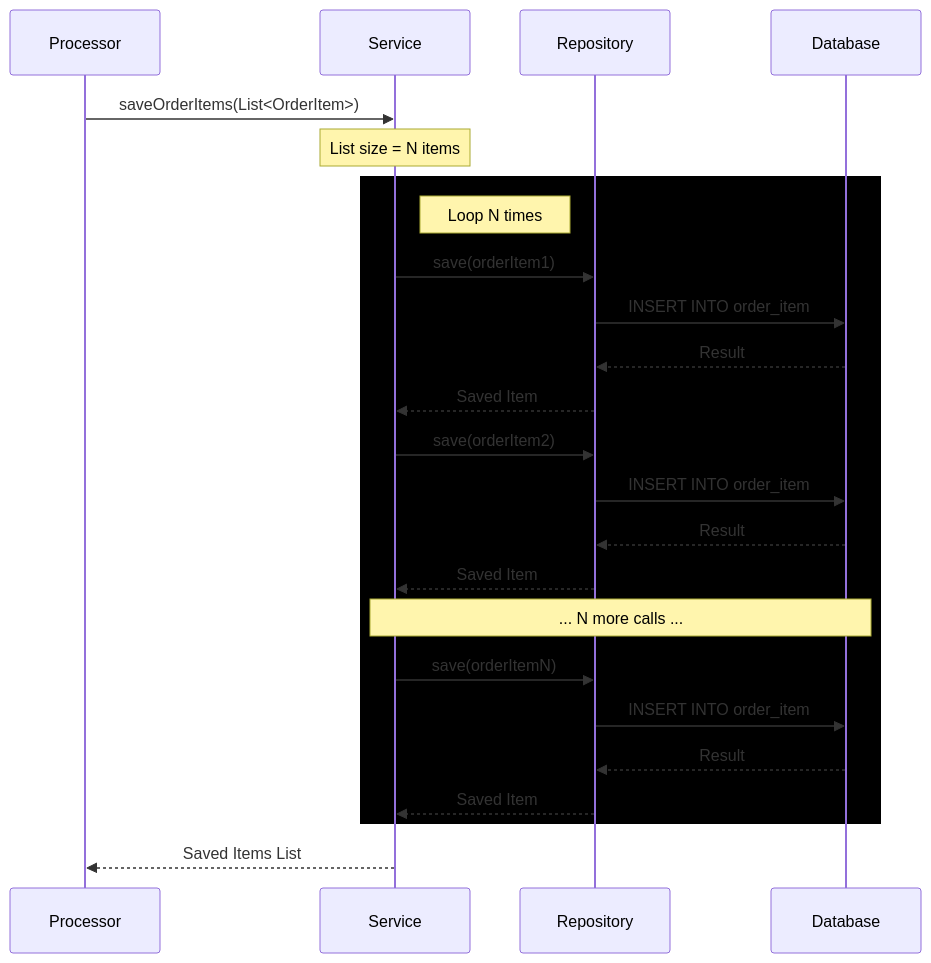
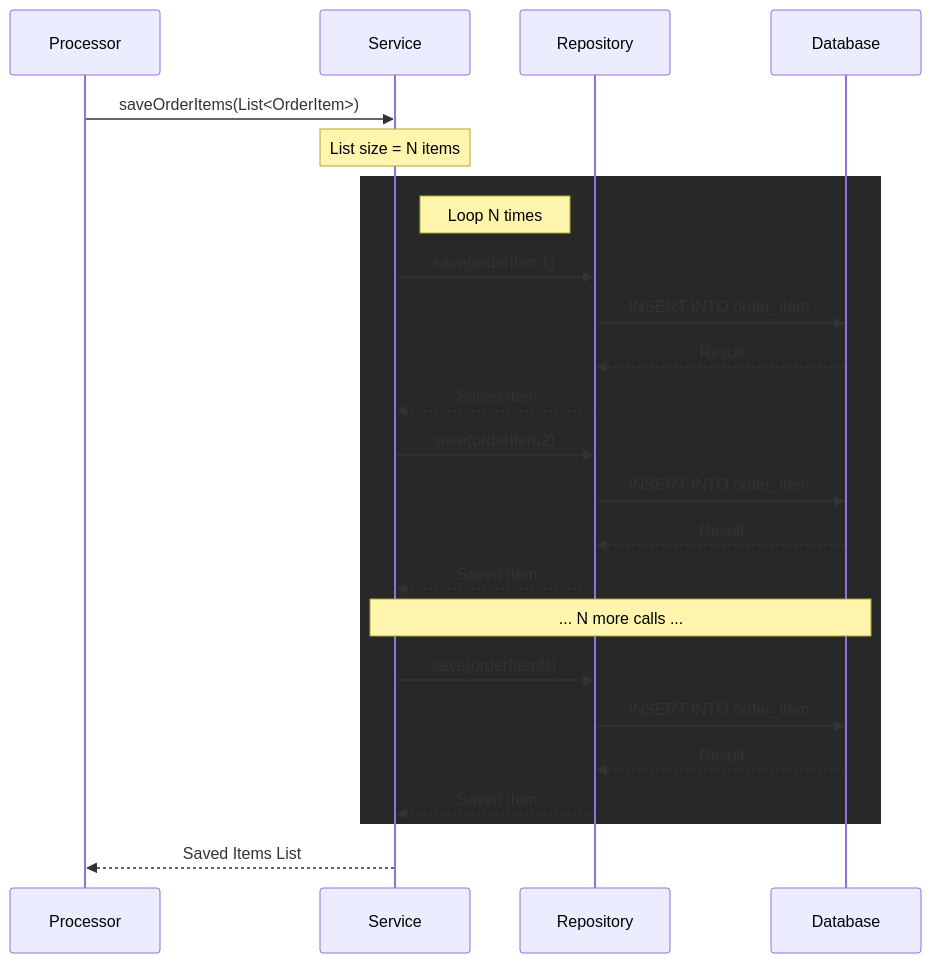
Before and after one commit to Waleed2660/springboot-learning-kit: the first of 2 diagrams in tasks/Task 6 - Database Schema Migration & Optimisation.md, drawn with Mermaid.

Commit message:
Update background color in Task 6 documentation for improved readability

````diff
--- a/tasks/Task 6 - Database Schema Migration & Optimisation.md
+++ b/tasks/Task 6 - Database Schema Migration & Optimisation.md
@@ -286,32 +286,32 @@
 ```mermaid
 sequenceDiagram
     participant C as Processor
     participant S as Service
     participant R as Repository
     participant DB as Database
 
     C->>S: saveOrderItems(List<OrderItem>)
     Note over S: List size = N items
 
-    rect rgb(0, 0, 0)
+    rect rgb(40, 40, 40)
         Note right of S: Loop N times
         S->>R: save(orderItem1)
         R->>DB: INSERT INTO order_item
         DB-->>R: Result
         R-->>S: Saved Item
         
         S->>R: save(orderItem2)
         R->>DB: INSERT INTO order_item
         DB-->>R: Result
         R-->>S: Saved Item
 
         Note over S,DB: ... N more calls ...
 
         S->>R: save(orderItemN)
         R->>DB: INSERT INTO order_item
         DB-->>R: Result
         R-->>S: Saved Item
     end
 
     S-->>C: Saved Items List
 ```
````
